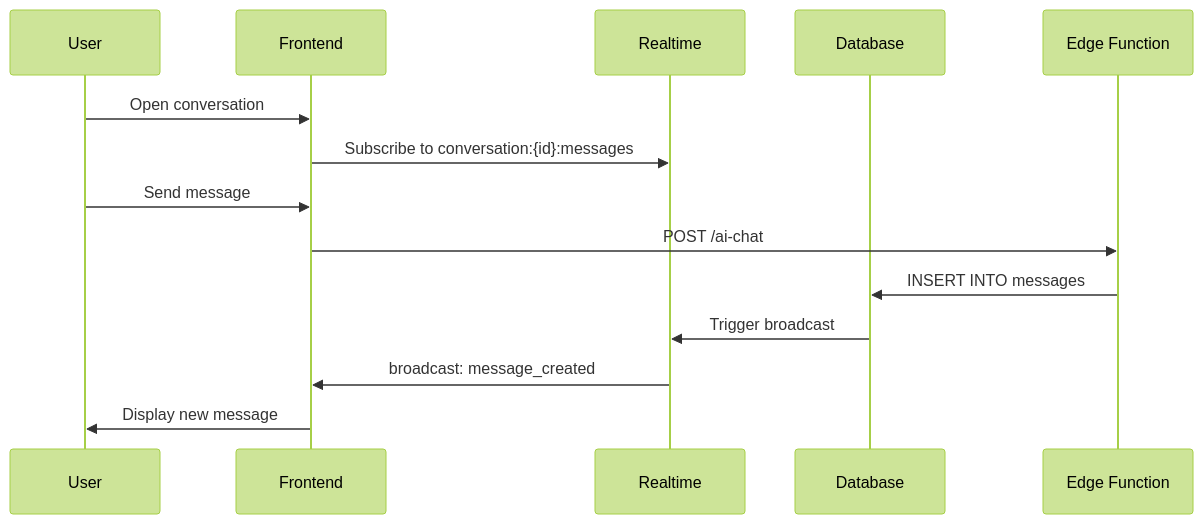
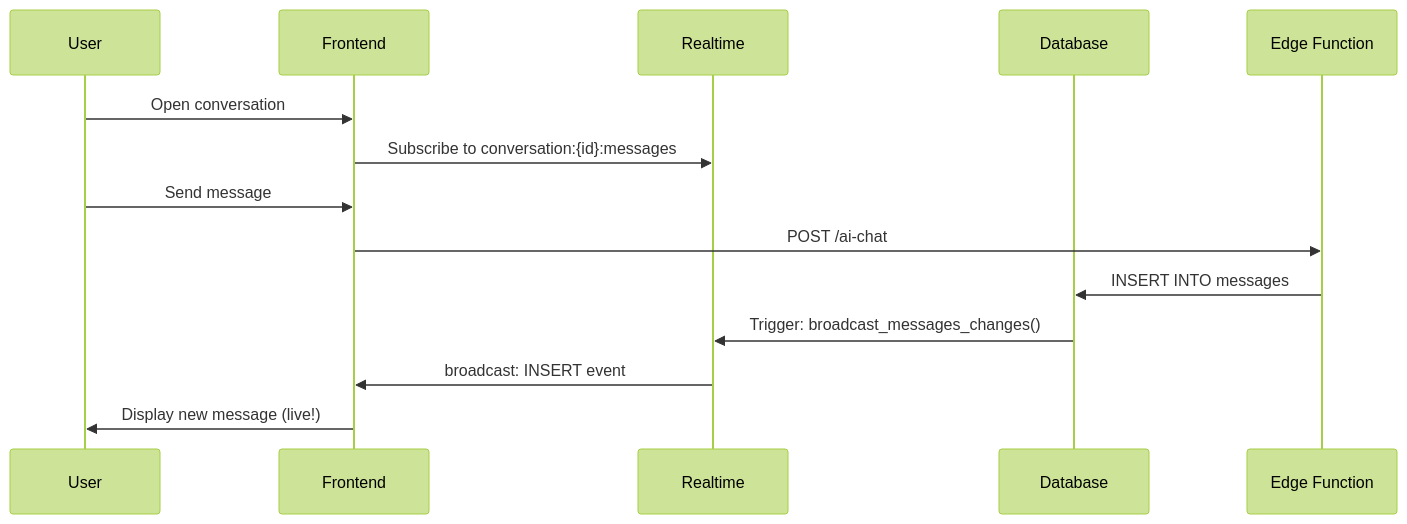
One commit to amo-tech-ai/mdeai changed the third of 5 diagrams in docs/tasks/00-progress-tracker.md. Above: the diagram before and after it, drawn with Mermaid (forest theme). The commit also changed other lines of this file and 1 other file, not shown here.

````diff
--- a/docs/tasks/00-progress-tracker.md
+++ b/docs/tasks/00-progress-tracker.md
@@ -134,17 +163,17 @@
 ```mermaid
 sequenceDiagram
     participant U as User
     participant FE as Frontend
     participant RT as Realtime
     participant DB as Database
     participant EF as Edge Function
     
     U->>FE: Open conversation
     FE->>RT: Subscribe to conversation:{id}:messages
     U->>FE: Send message
     FE->>EF: POST /ai-chat
     EF->>DB: INSERT INTO messages
-    DB->>RT: Trigger broadcast
-    RT->>FE: broadcast: message_created
-    FE->>U: Display new message
+    DB->>RT: Trigger: broadcast_messages_changes()
+    RT->>FE: broadcast: INSERT event
+    FE->>U: Display new message (live!)
 ```
````
